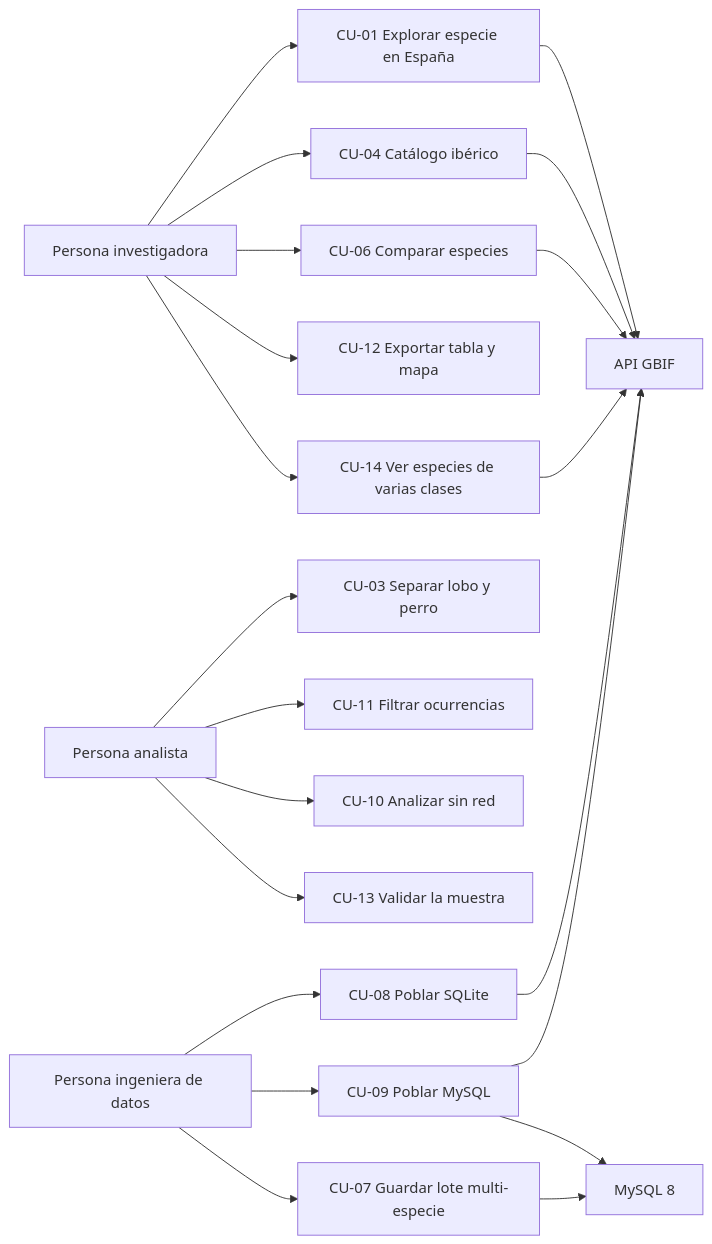
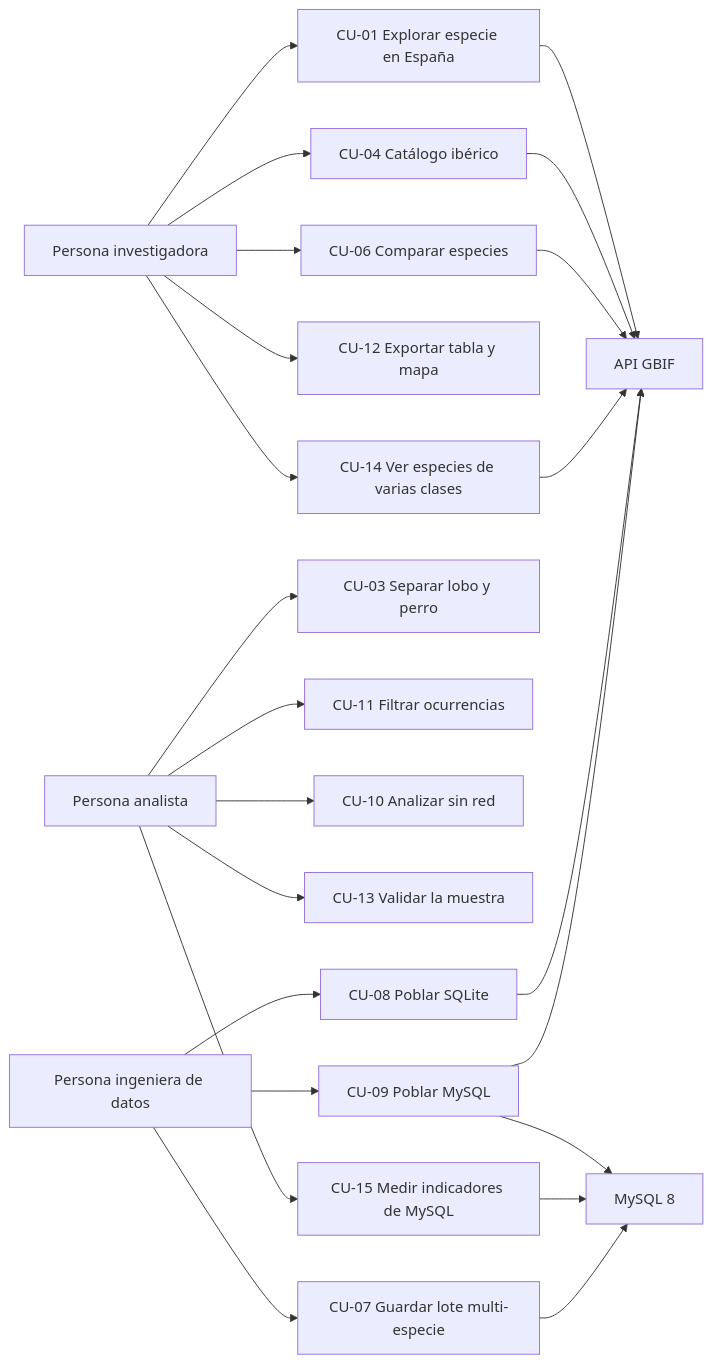
Before and after one commit to gracobjo/biodiversidad: the first of 10 diagrams in docs/UML.md, drawn with Mermaid. The commit also changed other lines of this file and 25 other files, not shown here.

Commit message:
Añade indicadores ORM de la base MySQL y documenta cómo lanzarlos por consola.

````diff
--- a/docs/UML.md
+++ b/docs/UML.md
@@ -7,30 +7,32 @@
 ```mermaid
 flowchart LR
   inv[Persona investigadora]
   ana[Persona analista]
   ing[Persona ingeniera de datos]
   gbif[API GBIF]
   mysql[MySQL 8]
 
   inv --> CU01[CU-01 Explorar especie en España]
   inv --> CU04[CU-04 Catálogo ibérico]
   inv --> CU06[CU-06 Comparar especies]
   inv --> CU12[CU-12 Exportar tabla y mapa]
   inv --> CU14[CU-14 Ver especies de varias clases]
   ana --> CU03[CU-03 Separar lobo y perro]
   ana --> CU11[CU-11 Filtrar ocurrencias]
   ana --> CU10[CU-10 Analizar sin red]
   ana --> CU13[CU-13 Validar la muestra]
+  ana --> CU15[CU-15 Medir indicadores de MySQL]
   ing --> CU08[CU-08 Poblar SQLite]
   ing --> CU09[CU-09 Poblar MySQL]
   ing --> CU07[CU-07 Guardar lote multi-especie]
 
   CU01 --> gbif
   CU04 --> gbif
   CU06 --> gbif
   CU14 --> gbif
   CU08 --> gbif
   CU09 --> gbif
   CU09 --> mysql
+  CU15 --> mysql
   CU07 --> mysql
 ```
````
